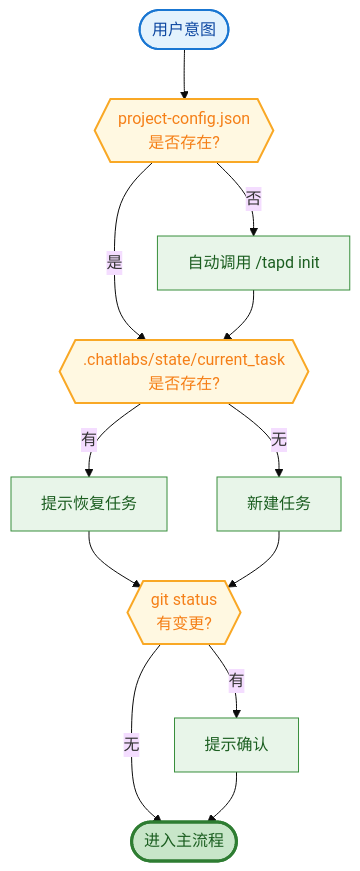
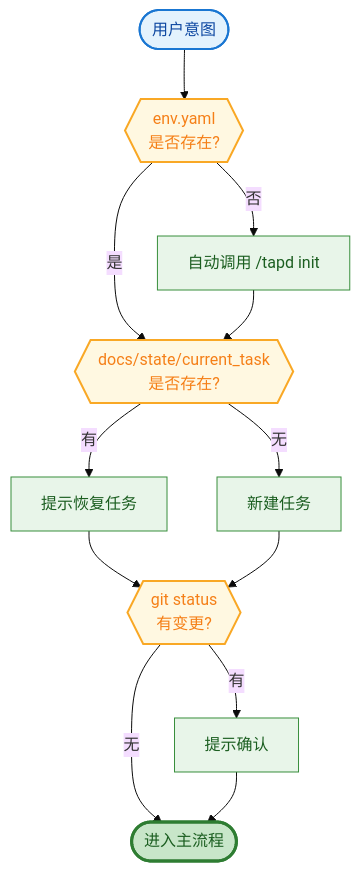
One commit to dd-xiaozhi/dev-agent-flow changed the second of 14 diagrams in README.md. Above: the diagram before and after it, drawn with Mermaid (base theme). The commit also changed other lines of this file and 102 other files, not shown here.

First line of the commit message:
refactor: 对齐 agent-dev-standard —— .chatlabs 迁移至 docs/ + 配置转 docs/env.yaml

````diff
--- a/README.md
+++ b/README.md
@@ -108,24 +108,24 @@
 ```mermaid
 flowchart TD
-    A([用户意图]) --> B{{"project-config.json<br/>是否存在?"}}
+    A([用户意图]) --> B{{"env.yaml<br/>是否存在?"}}
     B -->|否| B1[自动调用 /tapd init]
-    B -->|是| C{{".chatlabs/state/current_task<br/>是否存在?"}}
+    B -->|是| C{{"docs/state/current_task<br/>是否存在?"}}
     B1 --> C
     C -->|有| C1[提示恢复任务]
     C -->|无| C2[新建任务]
     C1 --> D
     C2 --> D{{"git status<br/>有变更?"}}
     D -->|有| D1[提示确认]
     D -->|无| E([进入主流程])
     D1 --> E
 
     classDef entry fill:#e3f2fd,stroke:#1976d2,stroke-width:2px,color:#0d47a1
     classDef decision fill:#fff8e1,stroke:#f9a825,stroke-width:2px,color:#f57f17
     classDef action fill:#e8f5e9,stroke:#388e3c,stroke-width:1px,color:#1b5e20
     classDef done fill:#c8e6c9,stroke:#2e7d32,stroke-width:3px,color:#1b5e20
 
     class A entry
     class B,C,D decision
     class B1,C1,C2,D1 action
     class E done
 ```
````
